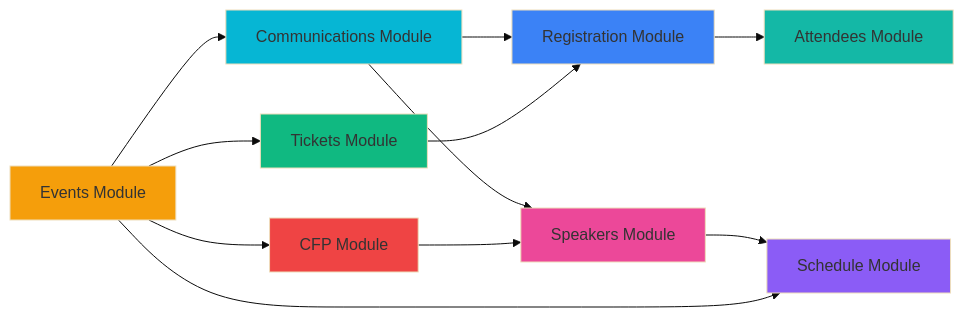
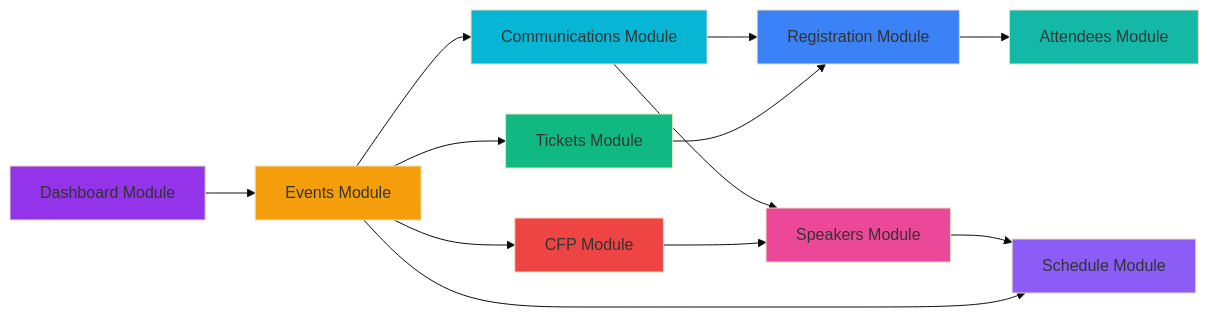
One commit to babblebey/events-ting changed the second of 2 diagrams in docs/README.md. Above: the diagram before and after it, drawn with Mermaid (base theme). The commit also changed other lines of this file and 36 other files, not shown here.

````diff
--- a/docs/README.md
+++ b/docs/README.md
@@ -55,25 +55,28 @@
 ```mermaid
 graph LR
-    Events[Events Module] --> Tickets[Tickets Module]
+    Dashboard[Dashboard Module] --> Events[Events Module]
+    
+    Events --> Tickets[Tickets Module]
     Events --> CFP[CFP Module]
     Events --> Schedule[Schedule Module]
     Events --> Comms[Communications Module]
     
     Tickets --> Registration[Registration Module]
     Registration --> Attendees[Attendees Module]
     
     CFP --> Speakers[Speakers Module]
     Speakers --> Schedule
     
     Comms --> Registration
     Comms --> Speakers
     
+    style Dashboard fill:#9333ea
     style Events fill:#f59e0b
     style Tickets fill:#10b981
     style Registration fill:#3b82f6
     style Schedule fill:#8b5cf6
     style Speakers fill:#ec4899
     style CFP fill:#ef4444
     style Comms fill:#06b6d4
     style Attendees fill:#14b8a6
 ```
````
